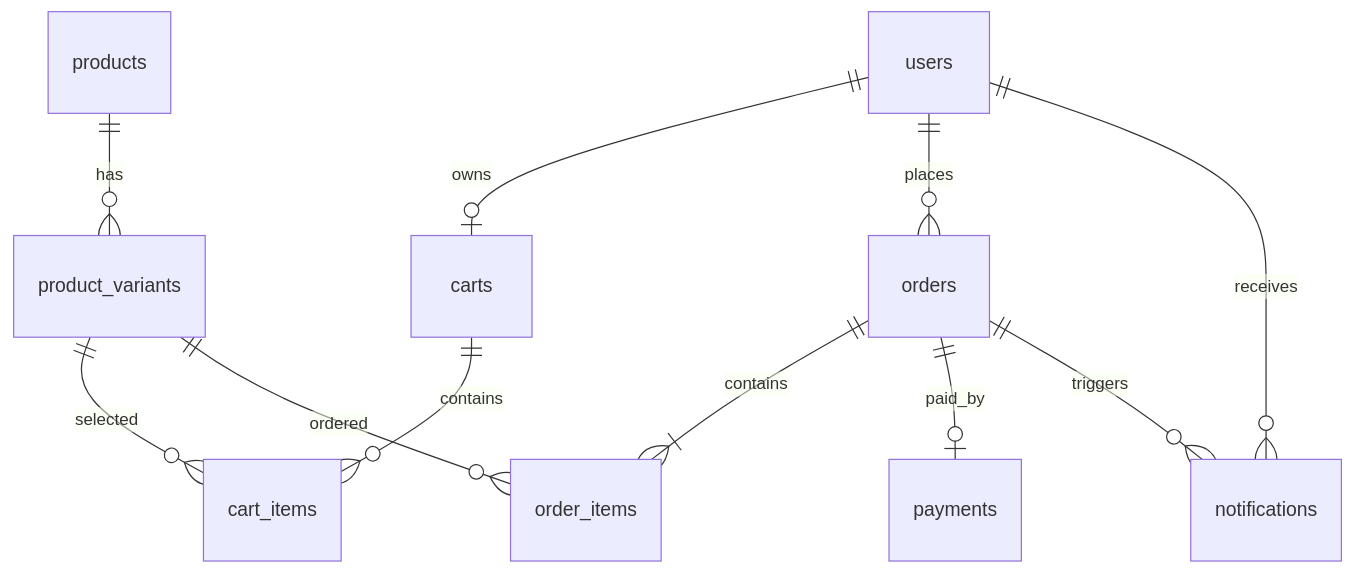
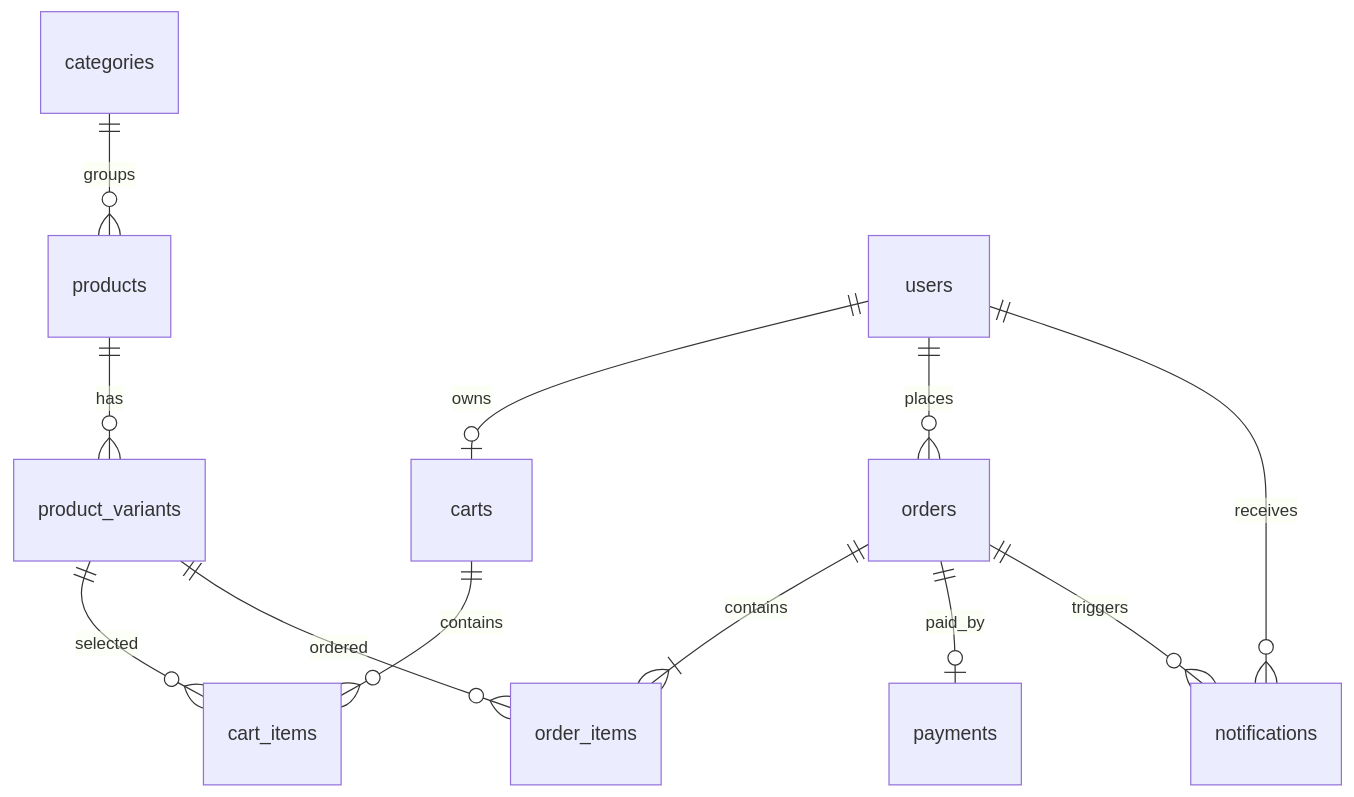
The diagram in shopee/src/BACKEND_SETUP.md (bisin7093-cyber/HeThongBanQuanAo), drawn with Mermaid before and after one commit. The commit also changed other lines of this file and 104 other files, not shown here.

````diff
--- a/shopee/src/BACKEND_SETUP.md
+++ b/shopee/src/BACKEND_SETUP.md
@@ -52,13 +79,14 @@
 ```mermaid
 erDiagram
+  categories ||--o{ products : groups
+  products ||--o{ product_variants : has
   users ||--o| carts : owns
   carts ||--o{ cart_items : contains
-  products ||--o{ product_variants : has
   product_variants ||--o{ cart_items : selected
   users ||--o{ orders : places
   orders ||--|{ order_items : contains
   product_variants ||--o{ order_items : ordered
   orders ||--o| payments : paid_by
   users ||--o{ notifications : receives
   orders ||--o{ notifications : triggers
 ```
````
